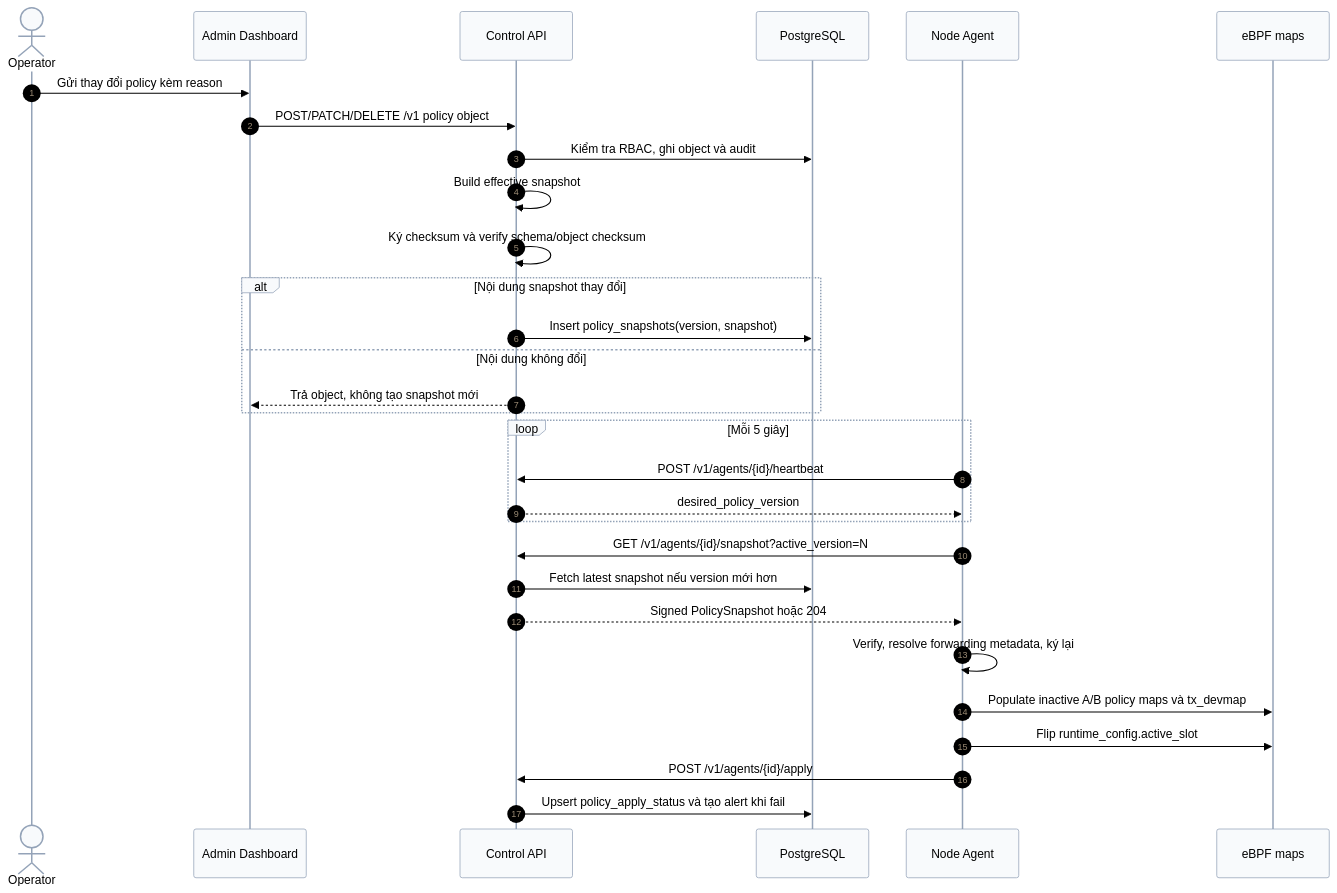
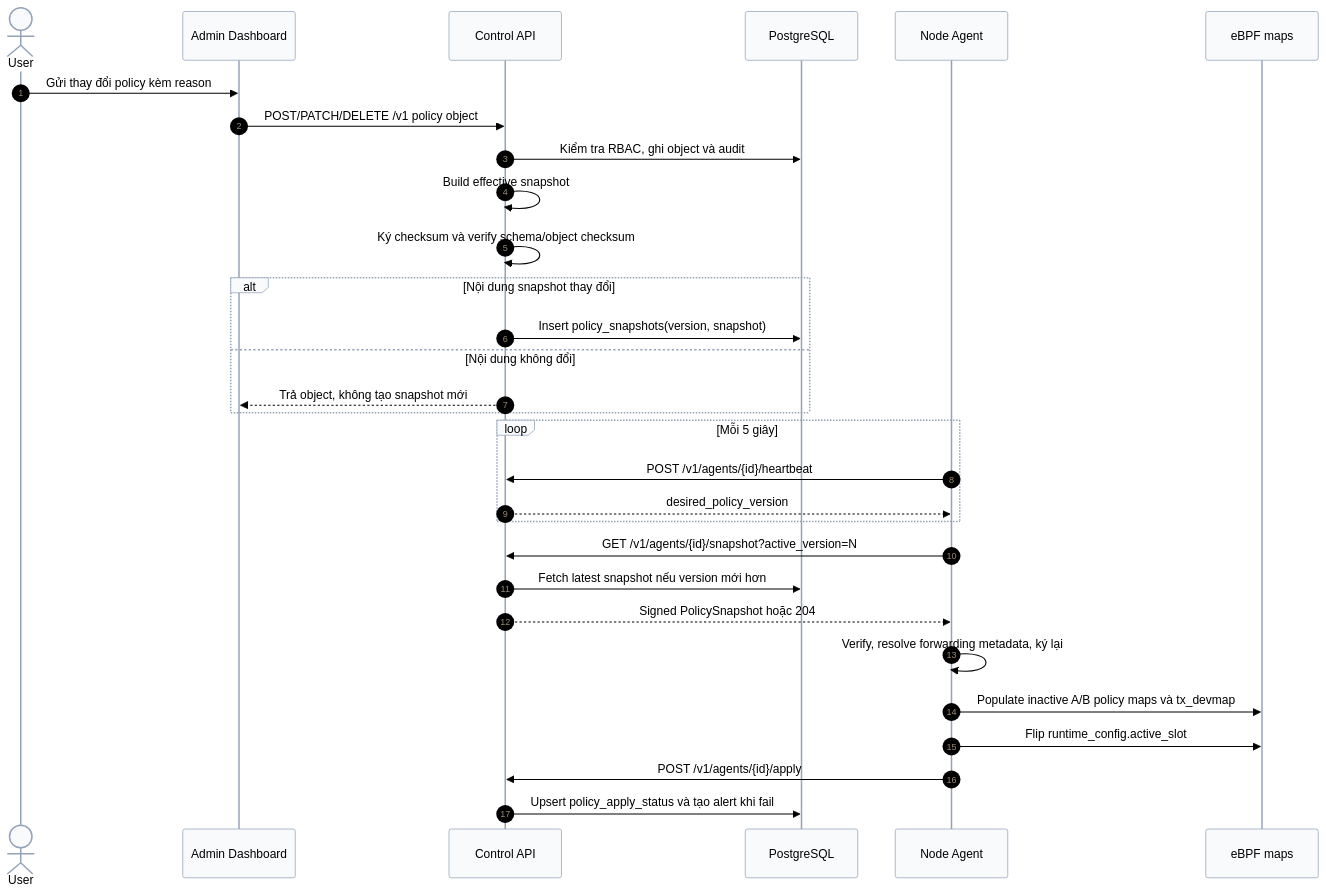
One commit to ken9xkyo/anti-ddos changed the diagram in docs/diagrams/system-architecture/policy-snapshot-sequence.mmd. Above: the diagram before and after it, drawn with Mermaid. The commit also changed 55 other files, not shown here.

```diff
--- a/docs/diagrams/system-architecture/policy-snapshot-sequence.mmd
+++ b/docs/diagrams/system-architecture/policy-snapshot-sequence.mmd
@@ -1,32 +1,32 @@
 %%{init: {'theme':'base','themeVariables': {'primaryColor':'#f8fafc','primaryTextColor':'#000000','primaryBorderColor':'#94a3b8','lineColor':'#64748b','secondaryColor':'#e0f2fe','tertiaryColor':'#fef3c7','background':'#ffffff','mainBkg':'#ffffff','nodeBorder':'#94a3b8','clusterBkg':'#f8fafc','clusterBorder':'#cbd5e1','titleColor':'#000000','edgeLabelBackground':'#ffffff','textColor':'#000000','actorTextColor':'#000000','actorBkg':'#f8fafc','actorBorder':'#94a3b8','participantTextColor':'#000000','participantBkg':'#f8fafc','participantBorder':'#94a3b8','labelTextColor':'#000000','loopTextColor':'#000000','noteTextColor':'#000000'}}}%%
 sequenceDiagram
     autonumber
-    actor Operator
+    actor User
     participant Dashboard as Admin Dashboard
     participant API as Control API
     participant DB as PostgreSQL
     participant Agent as Node Agent
     participant XDP as eBPF maps
 
-    Operator->>Dashboard: Gửi thay đổi policy kèm reason
+    User->>Dashboard: Gửi thay đổi policy kèm reason
     Dashboard->>API: POST/PATCH/DELETE /v1 policy object
     API->>DB: Kiểm tra RBAC, ghi object và audit
     API->>API: Build effective snapshot
     API->>API: Ký checksum và verify schema/object checksum
     alt Nội dung snapshot thay đổi
         API->>DB: Insert policy_snapshots(version, snapshot)
     else Nội dung không đổi
         API-->>Dashboard: Trả object, không tạo snapshot mới
     end
     loop Mỗi 5 giây
         Agent->>API: POST /v1/agents/{id}/heartbeat
         API-->>Agent: desired_policy_version
     end
     Agent->>API: GET /v1/agents/{id}/snapshot?active_version=N
     API->>DB: Fetch latest snapshot nếu version mới hơn
     API-->>Agent: Signed PolicySnapshot hoặc 204
     Agent->>Agent: Verify, resolve forwarding metadata, ký lại
     Agent->>XDP: Populate inactive A/B policy maps và tx_devmap
     Agent->>XDP: Flip runtime_config.active_slot
     Agent->>API: POST /v1/agents/{id}/apply
     API->>DB: Upsert policy_apply_status và tạo alert khi fail
```
